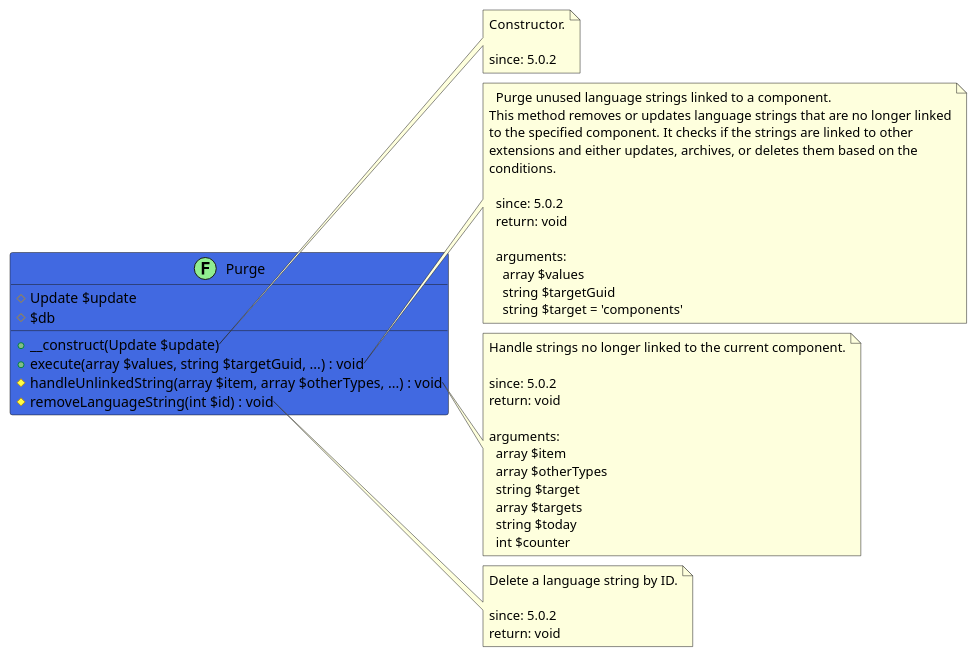
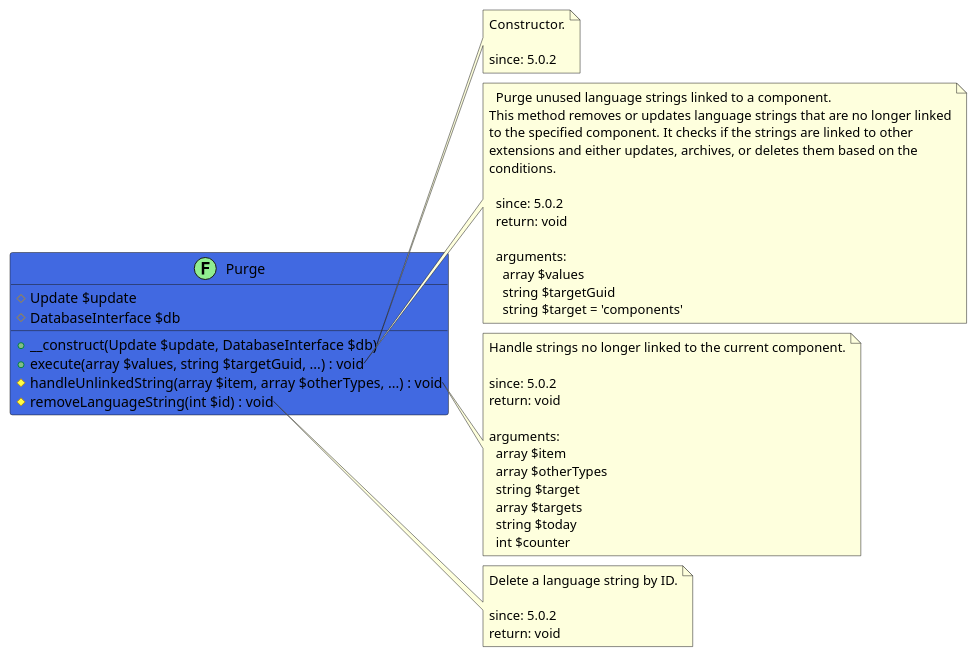
The diagram in src/0b0e574c-aab4-4eaf-96d8-d7210d8ed93e/README.md (joomengine/jcb-compiler), drawn with PlantUML before and after one commit. The commit also changed 440 other files, not shown here.

````diff
--- a/src/0b0e574c-aab4-4eaf-96d8-d7210d8ed93e/README.md
+++ b/src/0b0e574c-aab4-4eaf-96d8-d7210d8ed93e/README.md
@@ -5,58 +5,58 @@
 ```uml
 @startuml
 
 class Purge << (F,LightGreen) >> #RoyalBlue {
   # Update $update
-  # $db
-  + __construct(Update $update)
+  # DatabaseInterface $db
+  + __construct(Update $update, DatabaseInterface $db)
   + execute(array $values, string $targetGuid, ...) : void
   # handleUnlinkedString(array $item, array $otherTypes, ...) : void
   # removeLanguageString(int $id) : void
 }
 
 note right of Purge::__construct
   Constructor.
 
   since: 5.0.2
 end note
 
 note right of Purge::execute
   Purge unused language strings linked to a component.
 This method removes or updates language strings that are no longer linked
 to the specified component. It checks if the strings are linked to other
 extensions and either updates, archives, or deletes them based on the
 conditions.
 
   since: 5.0.2
   return: void
   
   arguments:
     array $values
     string $targetGuid
     string $target = 'components'
 end note
 
 note right of Purge::handleUnlinkedString
   Handle strings no longer linked to the current component.
 
   since: 5.0.2
   return: void
   
   arguments:
     array $item
     array $otherTypes
     string $target
     array $targets
     string $today
     int $counter
 end note
 
 note right of Purge::removeLanguageString
   Delete a language string by ID.
 
   since: 5.0.2
   return: void
 end note
 
 @enduml
 ```
````
